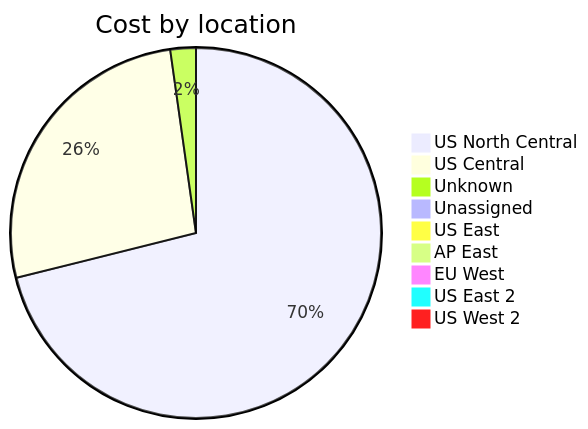
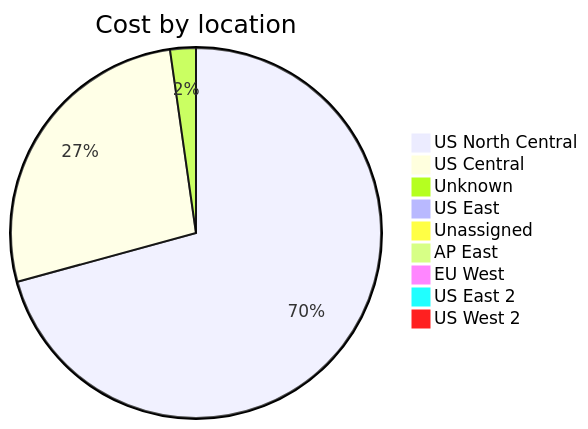
One commit to jpfulton/azure-personal-reports changed the third of 4 diagrams in cost-reports/accumulated-cost.md. Above: the diagram before and after it, drawn with Mermaid. The commit also changed other lines of this file and 4 other files, not shown here.

````diff
--- a/cost-reports/accumulated-cost.md
+++ b/cost-reports/accumulated-cost.md
@@ -131,13 +131,13 @@
 ```mermaid
 pie
    title Cost by location
-   "US North Central" : 14.05
-   "US Central" : 5.27
-   "Unknown" : 0.44
+   "US North Central" : 15.44
+   "US Central" : 5.89
+   "Unknown" : 0.49
+   "US East" : 0.10
    "Unassigned" : 0.09
-   "US East" : 0.09
    "AP East" : 0.00
    "EU West" : 0.00
    "US East 2" : 0.00
    "US West 2" : 0.00
 ```
````
